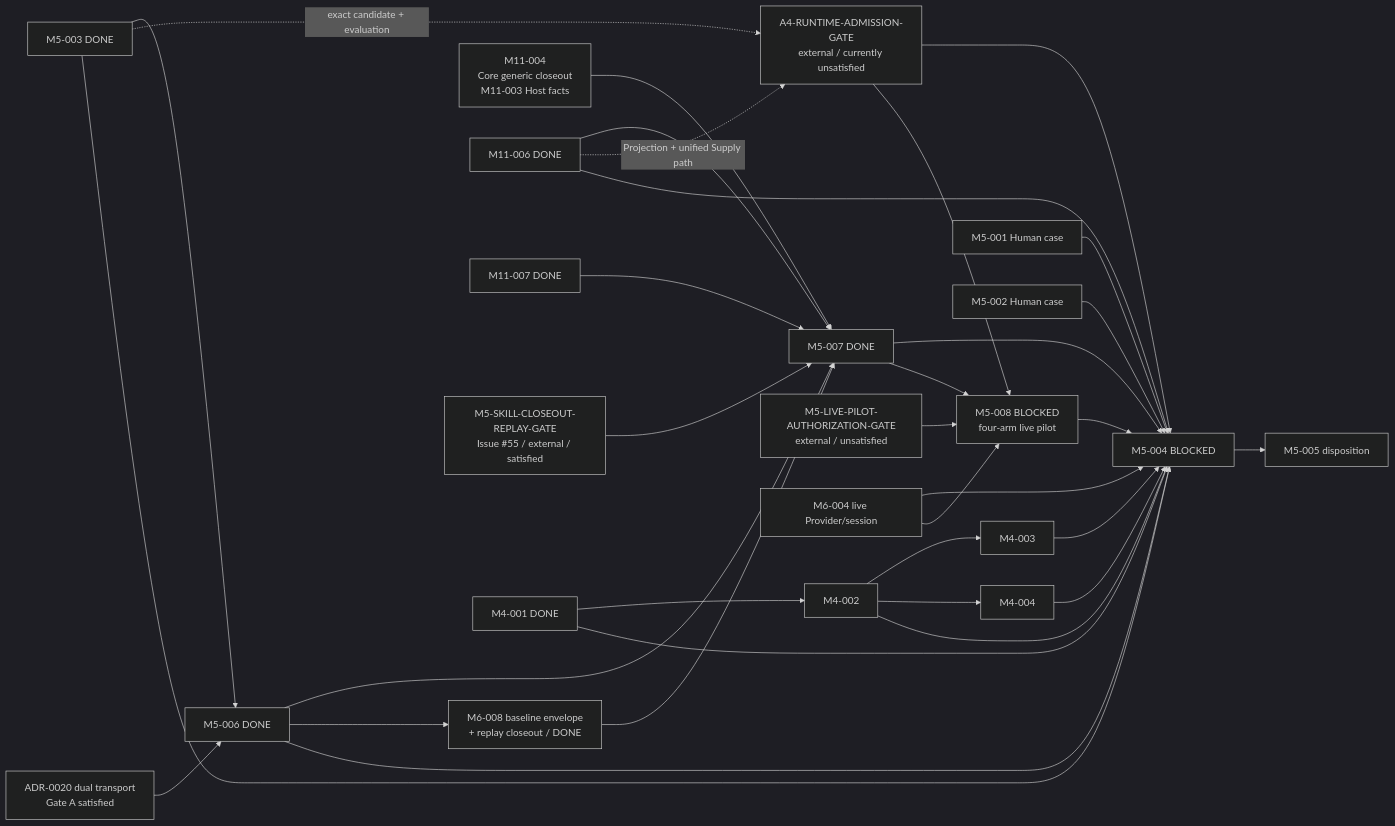
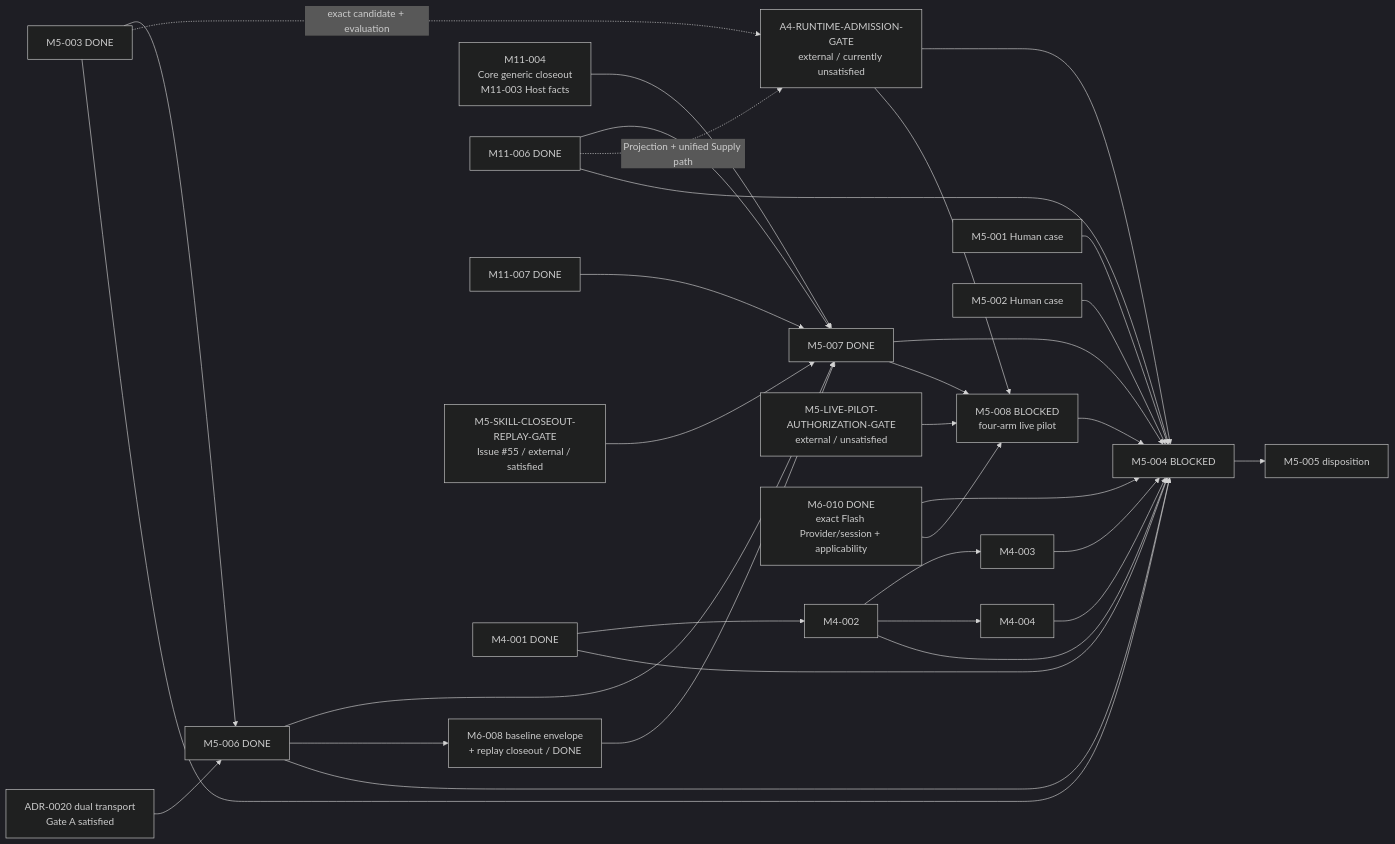
The second of 2 diagrams in docs/workstreams/chengyue-lu/M5-SYSTEM-EVALUATION-DESIGN/README.md (Chengyue-Lu/research-agent-workbench), drawn with Mermaid (dark theme) before and after one commit. The commit also changed other lines of this file and 4 other files, not shown here.

````diff
--- a/docs/workstreams/chengyue-lu/M5-SYSTEM-EVALUATION-DESIGN/README.md
+++ b/docs/workstreams/chengyue-lu/M5-SYSTEM-EVALUATION-DESIGN/README.md
@@ -297,38 +300,38 @@
 ```mermaid
 flowchart LR
     M5003["M5-003 DONE"] --> M5006["M5-006 DONE"]
     BTG["ADR-0020 dual transport<br/>Gate A satisfied"] --> M5006
     M5006 --> M5007["M5-007 DONE"]
     M5006 --> M6008["M6-008 baseline envelope<br/>+ replay closeout / DONE"]
     M6008 --> M5007
     M1104["M11-004<br/>Core generic closeout<br/>M11-003 Host facts"] --> M5007
     M1106["M11-006 DONE"] --> M5007
     M1107["M11-007 DONE"] --> M5007
     SCG["M5-SKILL-CLOSEOUT-REPLAY-GATE<br/>Issue #55 / external / satisfied"] --> M5007
 
     M5003 -. "exact candidate + evaluation" .-> A4G["A4-RUNTIME-ADMISSION-GATE<br/>external / currently unsatisfied"]
     M1106 -. "Projection + unified Supply path" .-> A4G
     A4G --> M5004
 
     M4001["M4-001 DONE"] --> M4002["M4-002"]
     M4002 --> M4003["M4-003"]
     M4002 --> M4004["M4-004"]
 
     M5001["M5-001 Human case"] --> M5004["M5-004 BLOCKED"]
     M5002["M5-002 Human case"] --> M5004
     M5003 --> M5004
     M5006 --> M5004
     M5007 --> M5004
     M5007 --> M5008["M5-008 BLOCKED<br/>four-arm live pilot"]
     A4G --> M5008
     PG["M5-LIVE-PILOT-AUTHORIZATION-GATE<br/>external / unsatisfied"] --> M5008
     M5008 --> M5004
     M4001 --> M5004
     M4002 --> M5004
     M4003 --> M5004
     M4004 --> M5004
     M1106 --> M5004
-    M6004["M6-004 live Provider/session"] --> M5004
-    M6004 --> M5008
+    M6010["M6-010 DONE<br/>exact Flash Provider/session + applicability"] --> M5004
+    M6010 --> M5008
     M5004 --> M5005["M5-005 disposition"]
 ```
````
